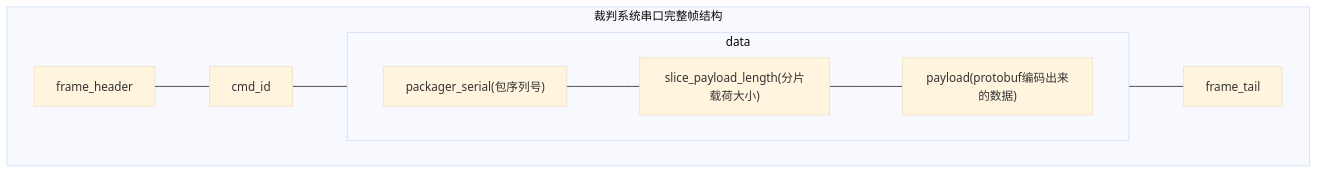
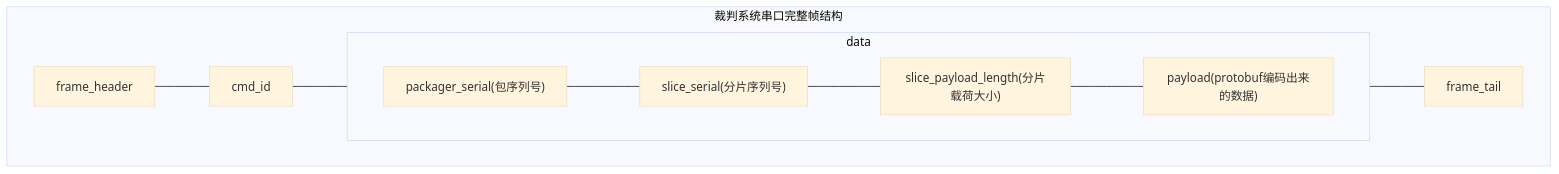
The diagram in README.md (SZURPVision/MasterPilot-CustomData), drawn with Mermaid (base theme) before and after one commit. The commit also changed other lines of this file and 12 other files, not shown here.

````diff
--- a/README.md
+++ b/README.md
@@ -26,16 +27,17 @@
 ```mermaid
 graph TD
 
 subgraph REFREE["裁判系统串口完整帧结构"]
 	RA["frame_header"] ---
 	RB["cmd_id"] ---
 	DATA ---
 	RC["frame_tail"] 
 end
 
 subgraph DATA["data"]
 	DA["packager_serial(包序列号)"] ---
-	DB["slice_payload_length(分片载荷大小)"] ---
-	DC["payload(protobuf编码出来的数据)"]
+	DB["slice_serial(分片序列号)"] ---
+	DC["slice_payload_length(分片载荷大小)"] ---
+	DD["payload(protobuf编码出来的数据)"]
 end
 ```
````
